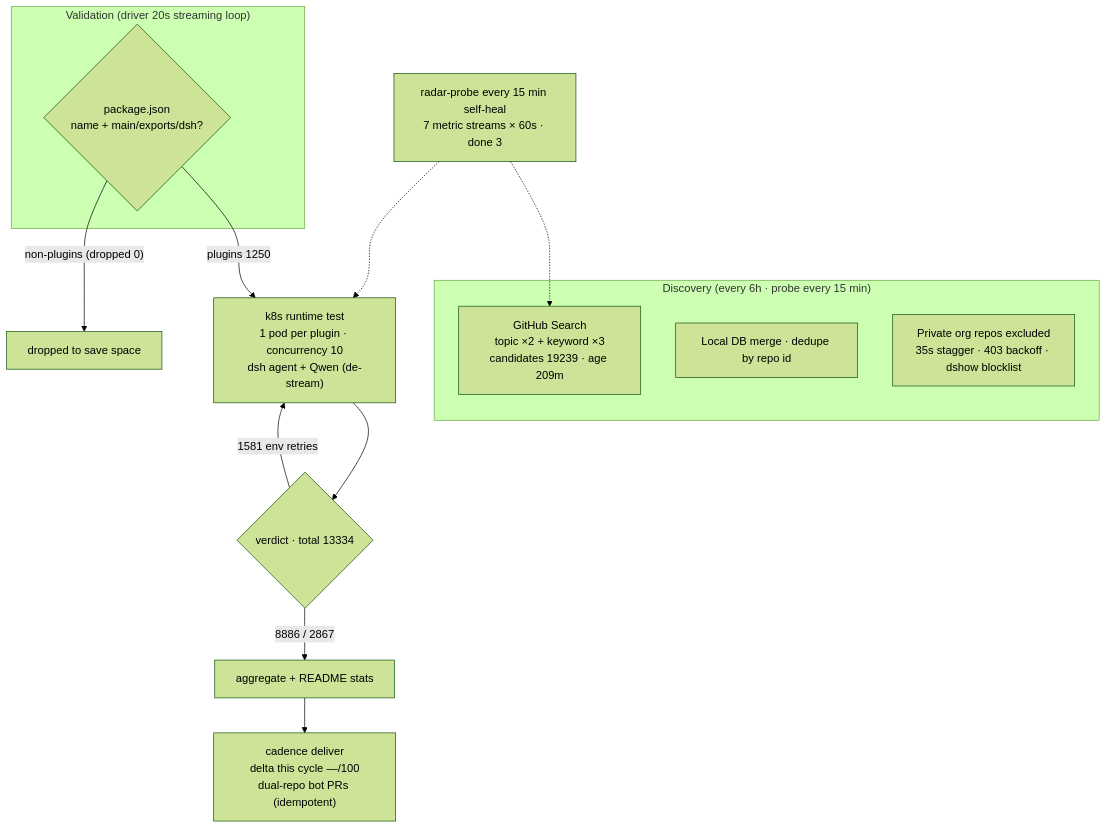
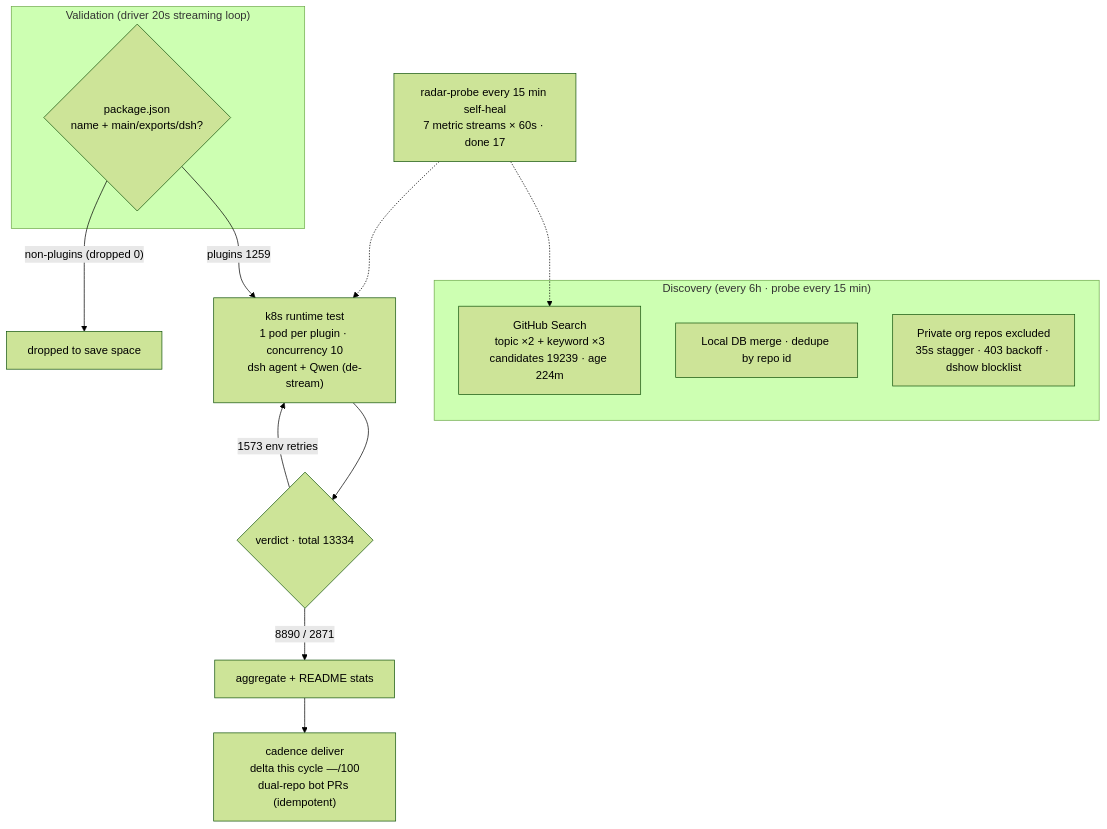
Before and after one commit to AdamPlatin123/dsh-plugin-radar: the diagram in README.en-US.md, drawn with Mermaid (forest theme). The commit also changed other lines of this file and 10 other files, not shown here.

````diff
--- a/README.en-US.md
+++ b/README.en-US.md
@@ -45,20 +45,20 @@
 ```mermaid
 flowchart TB
     subgraph Discovery["Discovery (every 6h · probe every 15 min)"]
-        A1["GitHub Search<br/>topic ×2 + keyword ×3<br/>candidates 19239 · age 209m"]
+        A1["GitHub Search<br/>topic ×2 + keyword ×3<br/>candidates 19239 · age 224m"]
         A2["Local DB merge · dedupe by repo id"]
         A3["Private org repos excluded<br/>35s stagger · 403 backoff · dshow blocklist"]
     end
     subgraph Validation["Validation (driver 20s streaming loop)"]
         B1{"package.json<br/>name + main/exports/dsh?"}
     end
-    B1 -->|"plugins 1250"| C1["k8s runtime test<br/>1 pod per plugin · concurrency 10<br/>dsh agent + Qwen (de-stream)"]
+    B1 -->|"plugins 1259"| C1["k8s runtime test<br/>1 pod per plugin · concurrency 10<br/>dsh agent + Qwen (de-stream)"]
     B1 -->|"non-plugins (dropped 0)"| B3["dropped to save space"]
     C1 --> D1{"verdict · total 13334"}
-    D1 -->|"8886 / 2867"| E1["aggregate + README stats"]
-    D1 -->|"1581 env retries"| C1
+    D1 -->|"8890 / 2871"| E1["aggregate + README stats"]
+    D1 -->|"1573 env retries"| C1
     E1 --> E2["cadence deliver<br/>delta this cycle —/100<br/>dual-repo bot PRs (idempotent)"]
-    M["radar-probe every 15 min self-heal<br/>7 metric streams × 60s · done 3"]
+    M["radar-probe every 15 min self-heal<br/>7 metric streams × 60s · done 17"]
     M -.-> A1
     M -.-> C1
 ```
````
